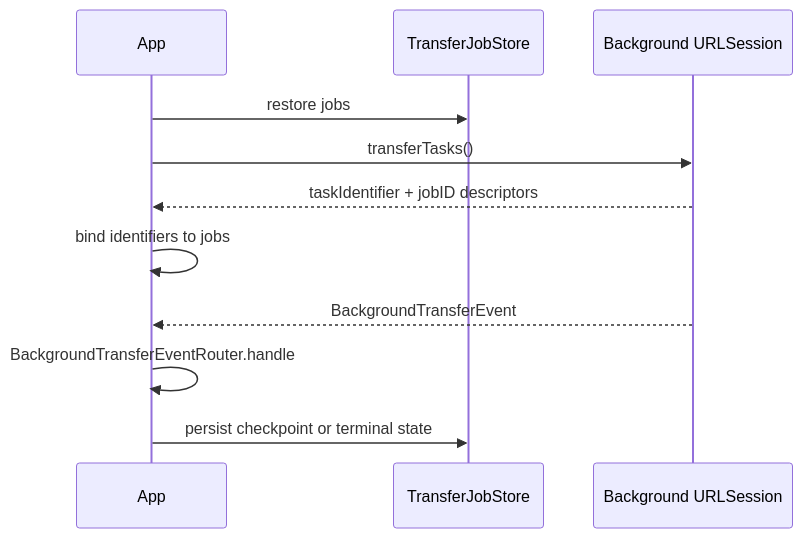
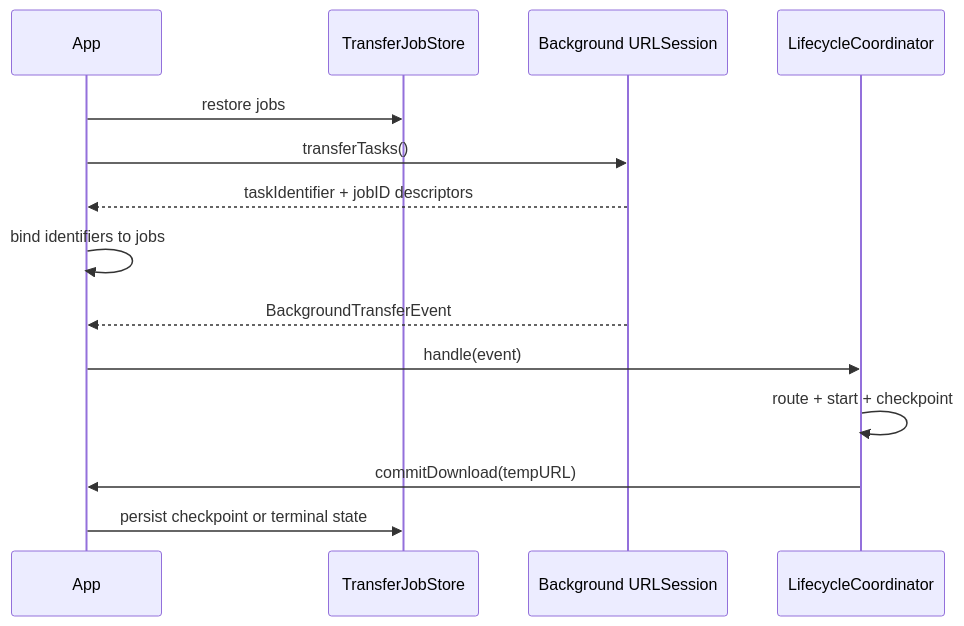
One commit to MikesHorcrux/AnotherFuckingNetworkingSDK changed the second of 2 diagrams in docs/background-transfers.md. Above: the diagram before and after it, drawn with Mermaid. The commit also changed other lines of this file and 7 other files, not shown here.

Commit message:
Coordinate routed background transfer lifecycles

````diff
--- a/docs/background-transfers.md
+++ b/docs/background-transfers.md
@@ -102,13 +155,16 @@
 ```mermaid
 sequenceDiagram
     participant App
     participant Store as TransferJobStore
     participant Session as Background URLSession
+    participant Lifecycle as LifecycleCoordinator
     App->>Store: restore jobs
     App->>Session: transferTasks()
     Session-->>App: taskIdentifier + jobID descriptors
     App->>App: bind identifiers to jobs
     Session-->>App: BackgroundTransferEvent
-    App->>App: BackgroundTransferEventRouter.handle
+    App->>Lifecycle: handle(event)
+    Lifecycle->>Lifecycle: route + start + checkpoint
+    Lifecycle->>App: commitDownload(tempURL)
     App->>Store: persist checkpoint or terminal state
 ```
````
